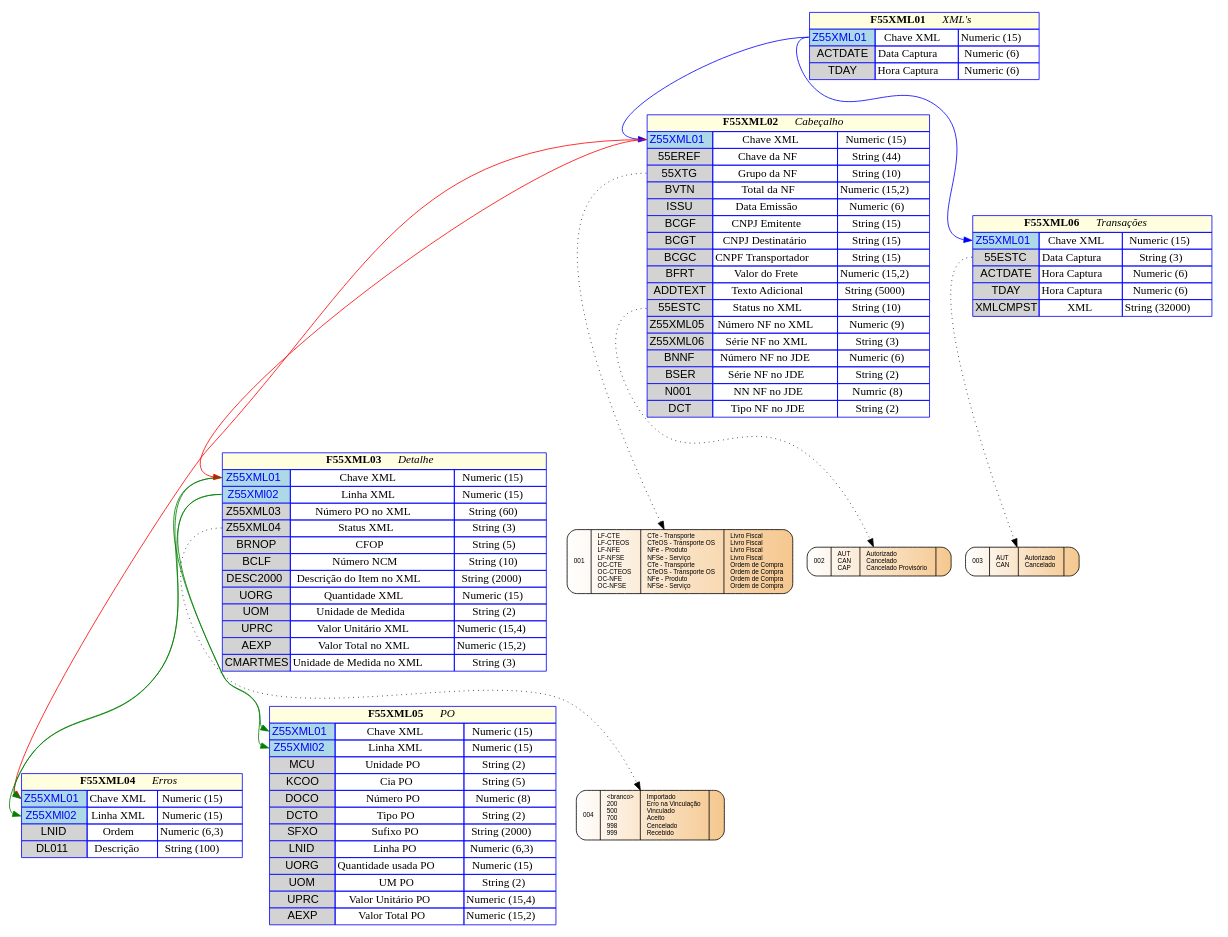
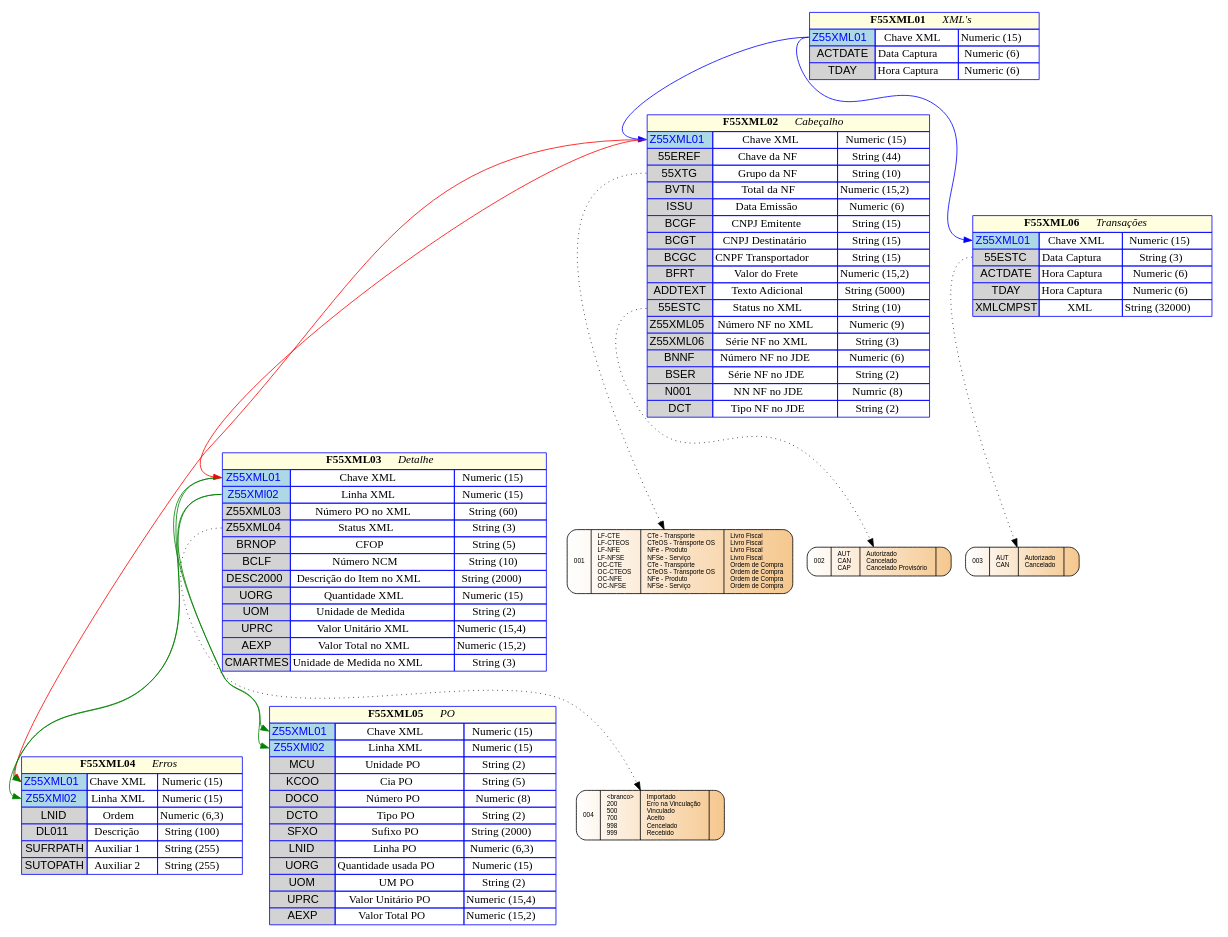
The diagram in ER XML - novo.gv (GiovaniPM/Graphs), drawn with Graphviz before and after one commit.

Commit message:
Giovani_Mesquita(RBST10164) 200316180643

```diff
--- a/ER XML - novo.gv
+++ b/ER XML - novo.gv
@@ -1,195 +1,197 @@
 digraph H {
 
   tabela01 [
    shape=none
    label=<
      <table border='0' cellborder='1' color='blue' cellspacing='0'>
        <tr><td colspan="3" bgcolor="lightyellow"><b>F55XML01</b> <i>XML's</i></td></tr>
        <tr><td port='col01' bgcolor="lightblue"><font face="helvetica" color="blue">Z55XML01</font></td><td>Chave XML</td><td>Numeric (15)</td></tr>
        <tr><td port='col02' bgcolor="lightgray"><font face="helvetica" color="black">ACTDATE</font></td><td>Data Captura</td><td>Numeric (6)</td></tr>
        <tr><td port='col03' bgcolor="lightgray"><font face="helvetica" color="black">TDAY</font></td><td>Hora Captura</td><td>Numeric (6)</td></tr>
      </table>
   >];
 
   tabela02 [
    shape=none
    label=<
      <table border='0' cellborder='1' color='blue' cellspacing='0'>
        <tr><td colspan="3" bgcolor="lightyellow"><b>F55XML02</b> <i>Cabeçalho</i></td></tr>
        <tr><td port='col01' bgcolor="lightblue"><font face="helvetica" color="blue">Z55XML01</font></td><td>Chave XML</td><td>Numeric (15)</td></tr>
        <tr><td port='col02' bgcolor="lightgray"><font face="helvetica" color="black">55EREF</font></td><td>Chave da NF</td><td>String (44)</td></tr>
        <tr><td port='col03' bgcolor="lightgray"><font face="helvetica" color="black">55XTG</font></td><td>Grupo da NF</td><td>String (10)</td></tr>
        <tr><td port='col04' bgcolor="lightgray"><font face="helvetica" color="black">BVTN</font></td><td>Total da NF</td><td>Numeric (15,2)</td></tr>
        <tr><td port='col05' bgcolor="lightgray"><font face="helvetica" color="black">ISSU</font></td><td>Data Emissão</td><td>Numeric (6)</td></tr>
        <tr><td port='col06' bgcolor="lightgray"><font face="helvetica" color="black">BCGF</font></td><td>CNPJ Emitente</td><td>String (15)</td></tr>
        <tr><td port='col07' bgcolor="lightgray"><font face="helvetica" color="black">BCGT</font></td><td>CNPJ Destinatário</td><td>String (15)</td></tr>
        <tr><td port='col08' bgcolor="lightgray"><font face="helvetica" color="black">BCGC</font></td><td>CNPF Transportador</td><td>String (15)</td></tr>
        <tr><td port='col09' bgcolor="lightgray"><font face="helvetica" color="black">BFRT</font></td><td>Valor do Frete</td><td>Numeric (15,2)</td></tr>
        <tr><td port='col10' bgcolor="lightgray"><font face="helvetica" color="black">ADDTEXT</font></td><td>Texto Adicional</td><td>String (5000)</td></tr>
        <tr><td port='col11' bgcolor="lightgray"><font face="helvetica" color="black">55ESTC</font></td><td>Status no XML</td><td>String (10)</td></tr>
        <tr><td port='col12' bgcolor="lightgray"><font face="helvetica" color="black">Z55XML05</font></td><td>Número NF no XML</td><td>Numeric (9)</td></tr>
        <tr><td port='col13' bgcolor="lightgray"><font face="helvetica" color="black">Z55XML06</font></td><td>Série NF no XML</td><td>String (3)</td></tr>
        <tr><td port='col14' bgcolor="lightgray"><font face="helvetica" color="black">BNNF</font></td><td>Número NF no JDE</td><td>Numeric (6)</td></tr>
        <tr><td port='col15' bgcolor="lightgray"><font face="helvetica" color="black">BSER</font></td><td>Série NF no JDE</td><td>String (2)</td></tr>
        <tr><td port='col16' bgcolor="lightgray"><font face="helvetica" color="black">N001</font></td><td>NN NF no JDE</td><td>Numric (8)</td></tr>
        <tr><td port='col17' bgcolor="lightgray"><font face="helvetica" color="black">DCT</font></td><td>Tipo NF no JDE</td><td>String (2)</td></tr>
      </table>
   >];
 
   tabela03 [
    shape=none
    label=<
      <table border='0' cellborder='1' color='blue' cellspacing='0'>
        <tr><td colspan="3" bgcolor="lightyellow"><b>F55XML03</b> <i>Detalhe</i></td></tr>
        <tr><td port='col01' bgcolor="lightblue"><font face="helvetica" color="blue">Z55XML01</font></td><td>Chave XML</td><td>Numeric (15)</td></tr>
        <tr><td port='col02' bgcolor="lightblue"><font face="helvetica" color="blue">Z55XMl02</font></td><td>Linha XML</td><td>Numeric (15)</td></tr>
        <tr><td port='col03' bgcolor="lightgray"><font face="helvetica" color="black">Z55XML03</font></td><td>Número PO no XML</td><td>String (60)</td></tr>
        <tr><td port='col04' bgcolor="lightgray"><font face="helvetica" color="black">Z55XML04</font></td><td>Status XML</td><td>String (3)</td></tr>
        <tr><td port='col05' bgcolor="lightgray"><font face="helvetica" color="black">BRNOP</font></td><td>CFOP</td><td>String (5)</td></tr>
        <tr><td port='col06' bgcolor="lightgray"><font face="helvetica" color="black">BCLF</font></td><td>Número NCM</td><td>String (10)</td></tr>
        <tr><td port='col07' bgcolor="lightgray"><font face="helvetica" color="black">DESC2000</font></td><td>Descrição do Item no XML</td><td>String (2000)</td></tr>
        <tr><td port='col08' bgcolor="lightgray"><font face="helvetica" color="black">UORG</font></td><td>Quantidade XML</td><td>Numeric (15)</td></tr>
        <tr><td port='col09' bgcolor="lightgray"><font face="helvetica" color="black">UOM</font></td><td>Unidade de Medida</td><td>String (2)</td></tr>
        <tr><td port='col10' bgcolor="lightgray"><font face="helvetica" color="black">UPRC</font></td><td>Valor Unitário XML</td><td>Numeric (15,4)</td></tr>
        <tr><td port='col11' bgcolor="lightgray"><font face="helvetica" color="black">AEXP</font></td><td>Valor Total no XML</td><td>Numeric (15,2)</td></tr>
        <tr><td port='col12' bgcolor="lightgray"><font face="helvetica" color="black">CMARTMES</font></td><td>Unidade de Medida no XML</td><td>String (3)</td></tr>
      </table>
   >];
 
   tabela04 [
    shape=none
    label=<
      <table border='0' cellborder='1' color='blue' cellspacing='0'>
        <tr><td colspan="3" bgcolor="lightyellow"><b>F55XML04</b> <i>Erros</i></td></tr>
        <tr><td port='col01' bgcolor="lightblue"><font face="helvetica" color="blue">Z55XML01</font></td><td>Chave XML</td><td>Numeric (15)</td></tr>
        <tr><td port='col02' bgcolor="lightblue"><font face="helvetica" color="blue">Z55XMl02</font></td><td>Linha XML</td><td>Numeric (15)</td></tr>
        <tr><td port='col03' bgcolor="lightgray"><font face="helvetica" color="black">LNID</font></td><td>Ordem</td><td>Numeric (6,3)</td></tr>
        <tr><td port='col04' bgcolor="lightgray"><font face="helvetica" color="black">DL011</font></td><td>Descrição</td><td>String (100)</td></tr>
+       <tr><td port='col04' bgcolor="lightgray"><font face="helvetica" color="black">SUFRPATH</font></td><td>Auxiliar 1</td><td>String (255)</td></tr>
+       <tr><td port='col04' bgcolor="lightgray"><font face="helvetica" color="black">SUTOPATH</font></td><td>Auxiliar 2</td><td>String (255)</td></tr>
      </table>
   >];
 
   tabela05 [
    shape=none
    label=<
      <table border='0' cellborder='1' color='blue' cellspacing='0'>
        <tr><td colspan="3" bgcolor="lightyellow"><b>F55XML05</b> <i>PO</i></td></tr>
        <tr><td port='col01' bgcolor="lightblue"><font face="helvetica" color="blue">Z55XML01</font></td><td>Chave XML</td><td>Numeric (15)</td></tr>
        <tr><td port='col02' bgcolor="lightblue"><font face="helvetica" color="blue">Z55XMl02</font></td><td>Linha XML</td><td>Numeric (15)</td></tr>
        <tr><td port='col03' bgcolor="lightgray"><font face="helvetica" color="black">MCU</font></td><td>Unidade PO</td><td>String (2)</td></tr>
        <tr><td port='col04' bgcolor="lightgray"><font face="helvetica" color="black">KCOO</font></td><td>Cia PO</td><td>String (5)</td></tr>
        <tr><td port='col05' bgcolor="lightgray"><font face="helvetica" color="black">DOCO</font></td><td>Número PO</td><td>Numeric (8)</td></tr>
        <tr><td port='col06' bgcolor="lightgray"><font face="helvetica" color="black">DCTO</font></td><td>Tipo PO</td><td>String (2)</td></tr>
        <tr><td port='col07' bgcolor="lightgray"><font face="helvetica" color="black">SFXO</font></td><td>Sufixo PO</td><td>String (2000)</td></tr>
        <tr><td port='col08' bgcolor="lightgray"><font face="helvetica" color="black">LNID</font></td><td>Linha PO</td><td>Numeric (6,3)</td></tr>
        <tr><td port='col09' bgcolor="lightgray"><font face="helvetica" color="black">UORG</font></td><td>Quantidade usada PO</td><td>Numeric (15)</td></tr>
        <tr><td port='col10' bgcolor="lightgray"><font face="helvetica" color="black">UOM</font></td><td>UM PO</td><td>String (2)</td></tr>
        <tr><td port='col11' bgcolor="lightgray"><font face="helvetica" color="black">UPRC</font></td><td>Valor Unitário PO</td><td>Numeric (15,4)</td></tr>
        <tr><td port='col12' bgcolor="lightgray"><font face="helvetica" color="black">AEXP</font></td><td>Valor Total PO</td><td>Numeric (15,2)</td></tr>
      </table>
   >];
 
   tabela06 [
    shape=none
    label=<
      <table border='0' cellborder='1' color='blue' cellspacing='0'>
        <tr><td colspan="3" bgcolor="lightyellow"><b>F55XML06</b> <i>Transações</i></td></tr>
        <tr><td port='col01' bgcolor="lightblue"><font face="helvetica" color="blue">Z55XML01</font></td><td>Chave XML</td><td>Numeric (15)</td></tr>
        <tr><td port='col02' bgcolor="lightgray"><font face="helvetica" color="black">55ESTC</font></td><td>Data Captura</td><td>String (3)</td></tr>
        <tr><td port='col03' bgcolor="lightgray"><font face="helvetica" color="black">ACTDATE</font></td><td>Hora Captura</td><td>Numeric (6)</td></tr>
        <tr><td port='col04' bgcolor="lightgray"><font face="helvetica" color="black">TDAY</font></td><td>Hora Captura</td><td>Numeric (6)</td></tr>
        <tr><td port='col05' bgcolor="lightgray"><font face="helvetica" color="black">XMLCMPST</font></td><td>XML</td><td>String (32000)</td></tr>
      </table>
   >];
 
   node001 [
     fontname = "Arial",
     fontsize = 8,
     shape=record,
     style="rounded,filled",
     fillcolor="white:#f5c78e"
     label="001|LF-CTE\l
                LF-CTEOS\l
                LF-NFE\l
                LF-NFSE\l
                OC-CTE\l
                OC-CTEOS\l
                OC-NFE\l
                OC-NFSE\l|
                CTe - Transporte\l
                CTeOS - Transporte OS\l
                NFe - Produto\l
                NFSe - Serviço\l
                CTe - Transporte\l
                CTeOS - Transporte OS\l
                NFe - Produto\l
                NFSe - Serviço\l|
                Livro Fiscal\l
                Livro Fiscal\l
                Livro Fiscal\l
                Livro Fiscal\l
                Ordem de Compra\l
                Ordem de Compra\l
                Ordem de Compra\l
                Ordem de Compra\l"
   ]
 
   node002 [
     fontname = "Arial",
     fontsize = 8,
     shape=record,
     style="rounded,filled",
     fillcolor="white:#f5c78e"
     label="002|AUT\l
                CAN\l
                CAP\l|
                Autorizado\l
                Cancelado\l
                Cancelado Provisório\l|}"
   ]
 
   node003 [
     fontname = "Arial",
     fontsize = 8,
     shape=record,
     style="rounded,filled",
     fillcolor="white:#f5c78e"
     label="003|AUT\l
                CAN\l|
                Autorizado\l
                Cancelado\l|}"
   ]
 
   node004 [
     fontname = "Arial",
     fontsize = 8,
     shape=record,
     style="rounded,filled",
     fillcolor="white:#f5c78e"
     label="004|\<branco\>\l
                200\l
                500\l
                700\l
                998\l
                999\l|
                Importado\l
                Erro na Vinculação\l
                Vinculado\l
                Aceito\l
                Cencelado\l
                Recebido\l|"
   ]
 
   tabela01:col01 -> tabela02:col01 [color="blue"];
   tabela01:col01 -> tabela06:col01 [color="blue"];
   tabela02:col01 -> tabela03:col01 [color="red"];
   tabela02:col01 -> tabela04:col01 [color="red"];
   tabela02:col03 -> node001 [style="dotted"];
   tabela02:col11 -> node002 [style="dotted"];
   tabela03:col01 -> tabela04:col01 [color="green"];
   tabela03:col02 -> tabela04:col02 [color="green"];
   tabela03:col01 -> tabela05:col01 [color="green"];
   tabela03:col02 -> tabela05:col02 [color="green"];
   tabela03:col04 -> node004 [style="dotted"];
   tabela06:col02 -> node003 [style="dotted"];
 
 }
```
